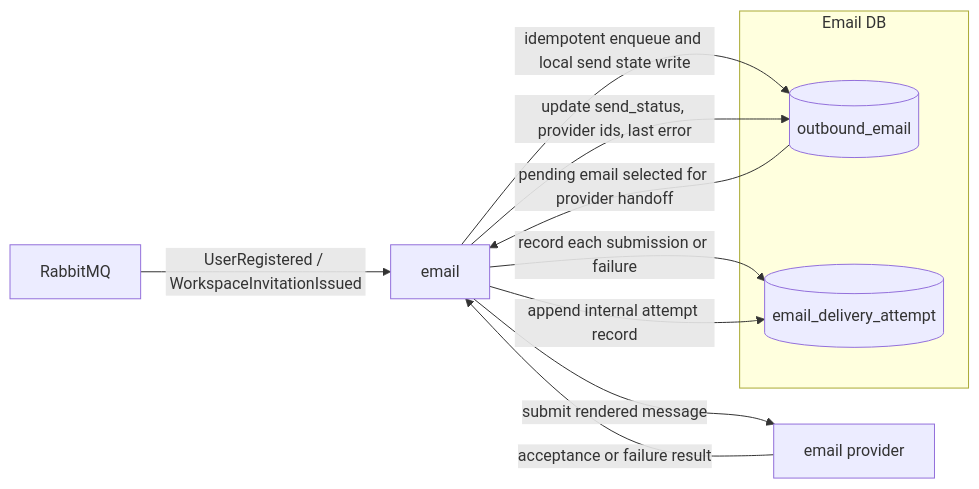
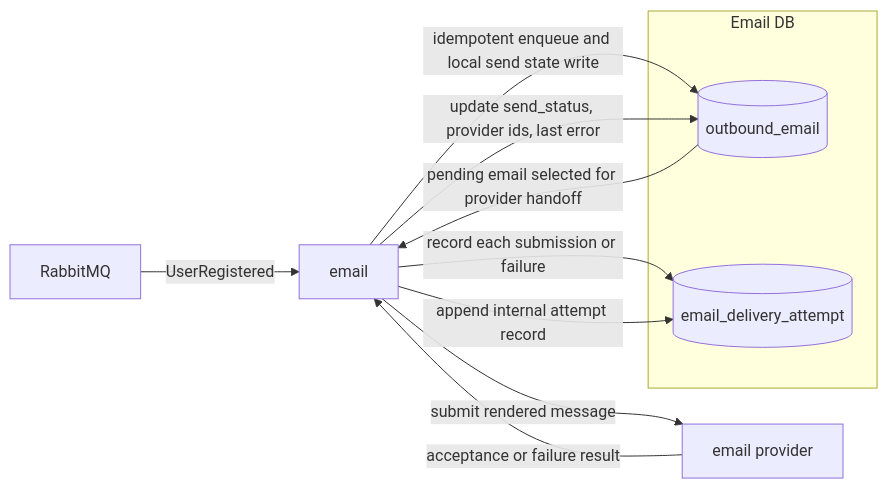
The diagram in docs/service/email/diagram.md (nthnf/Relay), drawn with Mermaid before and after one commit. The commit also changed 24 other files, not shown here.

````diff
--- a/docs/service/email/diagram.md
+++ b/docs/service/email/diagram.md
@@ -3,17 +3,17 @@
 ```mermaid
 flowchart LR
-    RabbitMQ[RabbitMQ] -->|UserRegistered / WorkspaceInvitationIssued| Email[email]
+    RabbitMQ[RabbitMQ] -->|UserRegistered| Email[email]
 
     subgraph Email DB
         OE[(outbound_email)]
         EDA[(email_delivery_attempt)]
     end
 
     Email -->|idempotent enqueue and local send state write| OE
     Email -->|record each submission or failure| EDA
     OE -->|pending email selected for provider handoff| Email
     Email -->|submit rendered message| Provider[email provider]
     Provider -->|acceptance or failure result| Email
     Email -->|update send_status, provider ids, last error| OE
     Email -->|append internal attempt record| EDA
 ```
````
